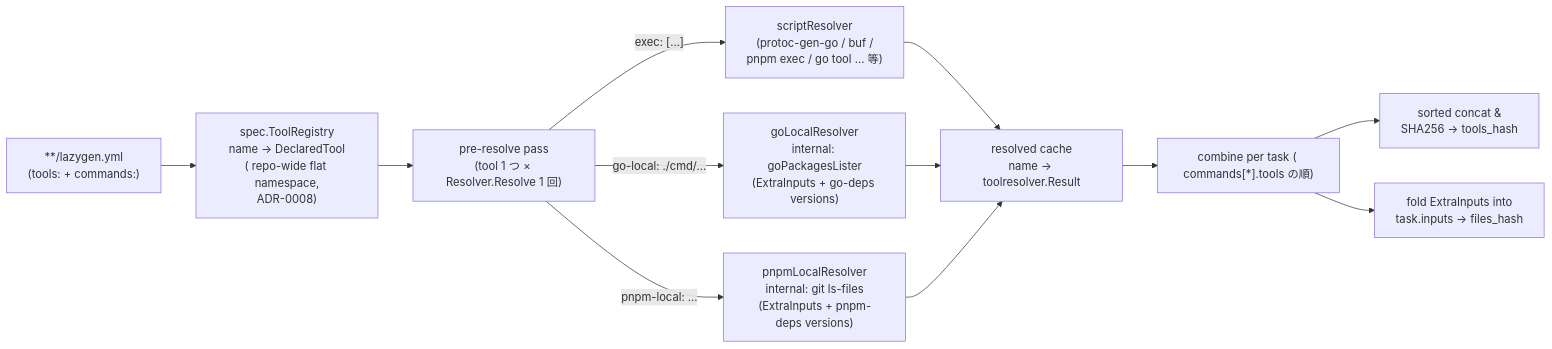
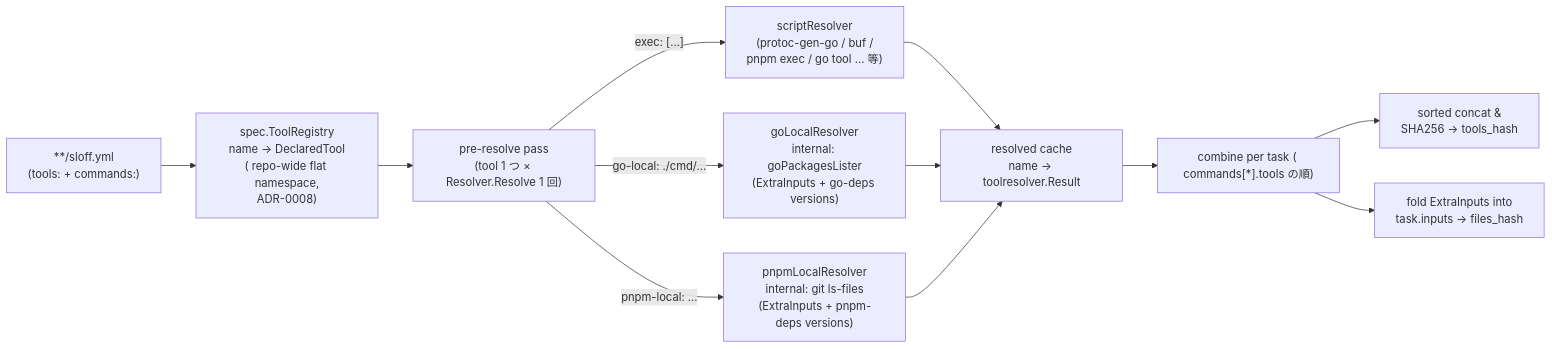
One commit to izumin5210/sloff changed the second of 3 diagrams in docs/design/architecture.md. Above: the diagram before and after it, drawn with Mermaid. The commit also changed other lines of this file and 172 other files, not shown here.

First line of the commit message:
refactor: rename project from lazygen to sloff (#13)

````diff
--- a/docs/design/architecture.md
+++ b/docs/design/architecture.md
@@ -322,14 +322,14 @@
 ```mermaid
 flowchart LR
-    YAML["**/lazygen.yml<br/>(tools: + commands:)"] --> REG["spec.ToolRegistry<br/>name → DeclaredTool<br/>( repo-wide flat namespace,<br/>ADR-0008)"]
+    YAML["**/sloff.yml<br/>(tools: + commands:)"] --> REG["spec.ToolRegistry<br/>name → DeclaredTool<br/>( repo-wide flat namespace,<br/>ADR-0008)"]
     REG --> PRE["pre-resolve pass<br/>(tool 1 つ × Resolver.Resolve 1 回)"]
     PRE -->|"exec: [...]"| SCRIPT["scriptResolver<br/>(protoc-gen-go / buf /<br/>pnpm exec / go tool ... 等)"]
     PRE -->|"go-local: ./cmd/..."| GOLOC["goLocalResolver<br/>internal: goPackagesLister<br/>(ExtraInputs + go-deps versions)"]
     PRE -->|"pnpm-local: ..."| PNPMLOC["pnpmLocalResolver<br/>internal: git ls-files<br/>(ExtraInputs + pnpm-deps versions)"]
     SCRIPT --> CACHE["resolved cache<br/>name → toolresolver.Result"]
     GOLOC --> CACHE
     PNPMLOC --> CACHE
     CACHE --> COMBINE["combine per task ( commands[*].tools の順)"]
     COMBINE --> CONCAT["sorted concat &<br/>SHA256 → tools_hash"]
     COMBINE --> INPUTS["fold ExtraInputs into<br/>task.inputs → files_hash"]
 ```
````
